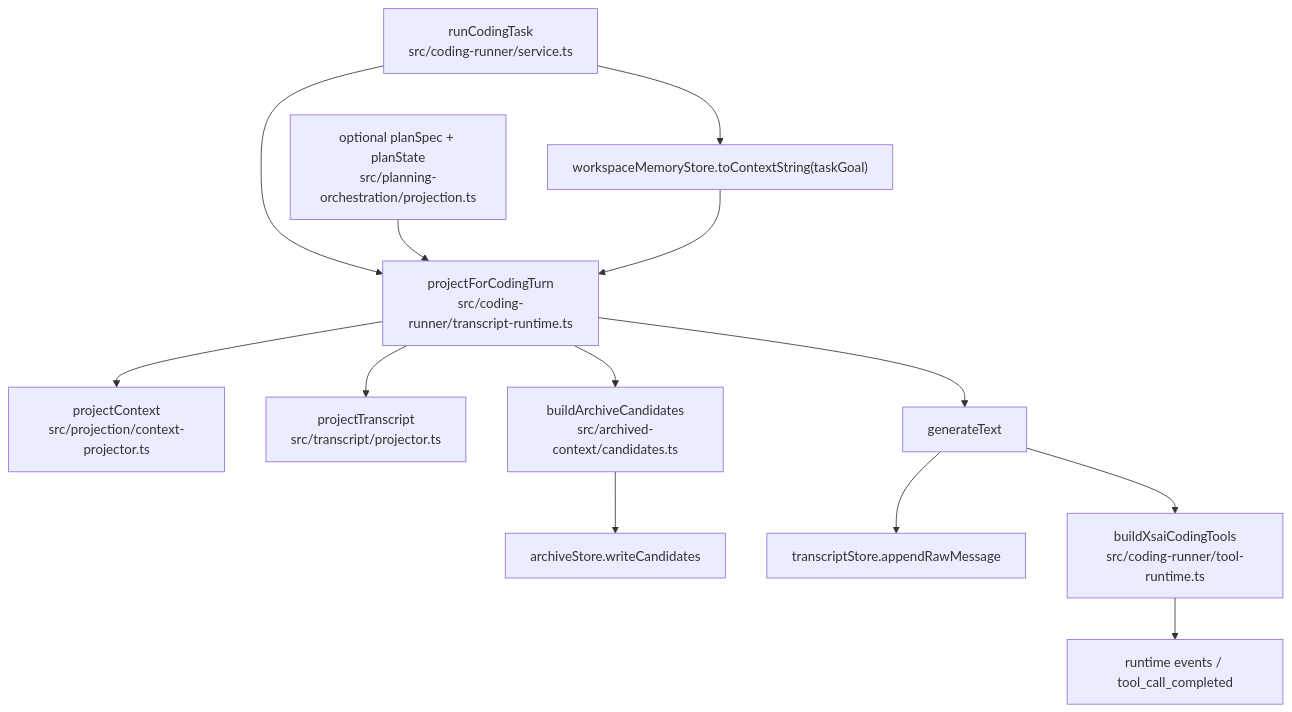
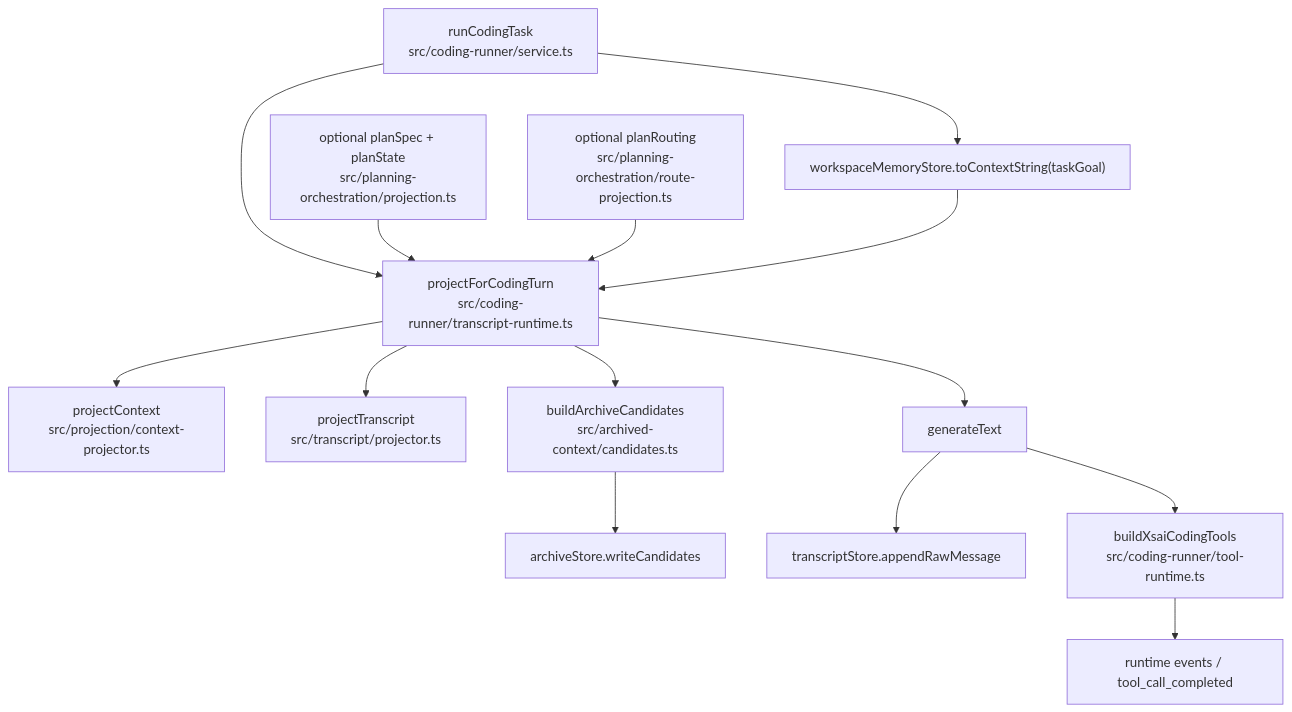
The first of 2 diagrams in services/computer-use-mcp/coding-agent-code-index.md (3361559784/airi-preview), drawn with Mermaid before and after one commit. The commit also changed other lines of this file and 3 other files, not shown here.

Commit message:
feat(computer-use-mcp): project plan route summaries into coding context

````diff
--- a/services/computer-use-mcp/coding-agent-code-index.md
+++ b/services/computer-use-mcp/coding-agent-code-index.md
@@ -69,15 +69,16 @@
 ```mermaid
 flowchart TD
   A["runCodingTask<br/>src/coding-runner/service.ts"] --> B["workspaceMemoryStore.toContextString(taskGoal)"]
   A --> C["projectForCodingTurn<br/>src/coding-runner/transcript-runtime.ts"]
   PLAN["optional planSpec + planState<br/>src/planning-orchestration/projection.ts"] --> C
+  ROUTE["optional planRouting<br/>src/planning-orchestration/route-projection.ts"] --> C
   B --> C
   C --> D["projectContext<br/>src/projection/context-projector.ts"]
   C --> E["projectTranscript<br/>src/transcript/projector.ts"]
   C --> F["buildArchiveCandidates<br/>src/archived-context/candidates.ts"]
   F --> G["archiveStore.writeCandidates"]
   C --> H["generateText"]
   H --> I["transcriptStore.appendRawMessage"]
   H --> J["buildXsaiCodingTools<br/>src/coding-runner/tool-runtime.ts"]
   J --> K["runtime events / tool_call_completed"]
 ```
````
